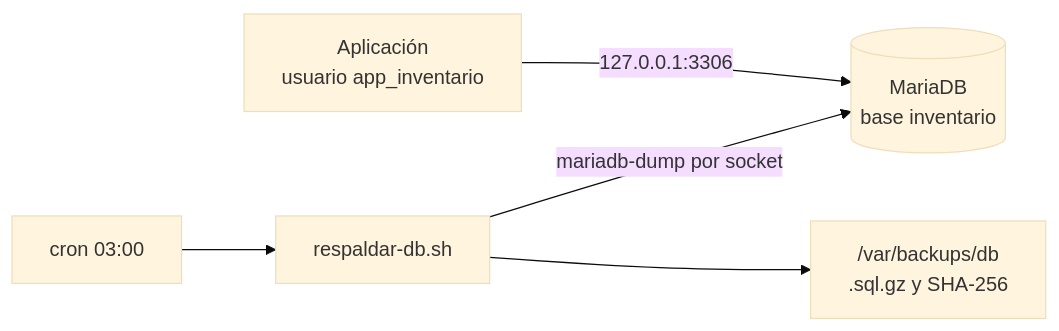
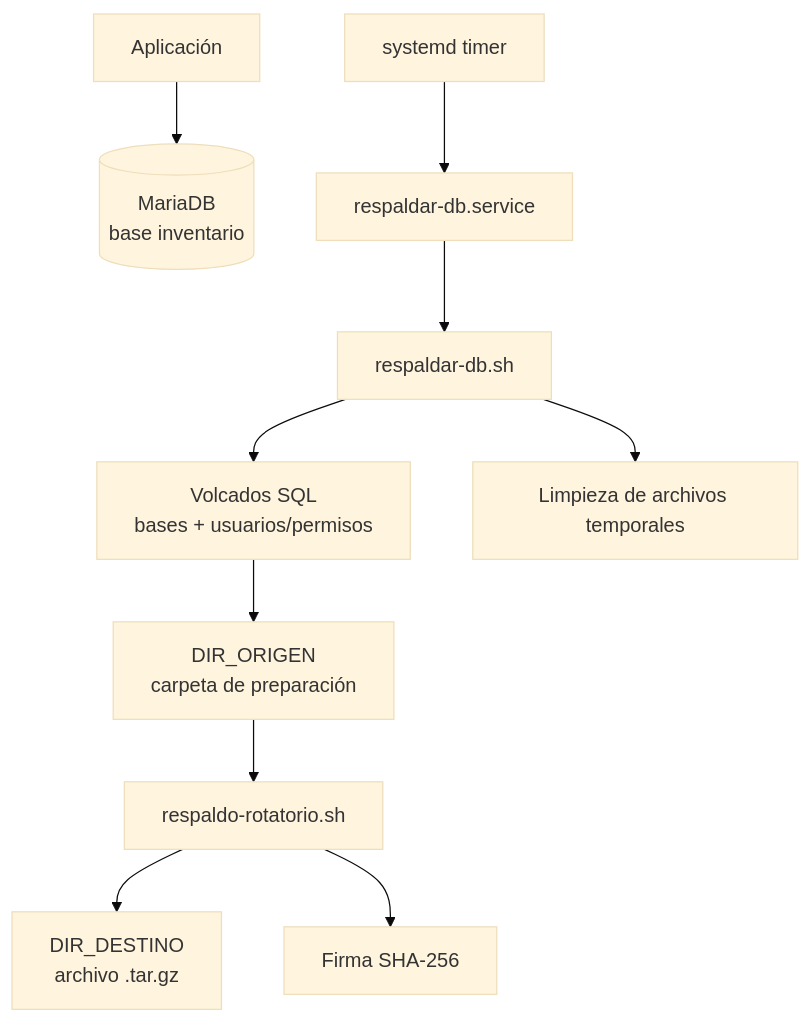
Before and after one commit to marttin1987/servidor-db: the diagram in README.md, drawn with Mermaid (base theme). The commit also changed other lines of this file and 1 other file, not shown here.

Commit message:
docs: actualizar arquitectura y runbook de backups

````diff
--- a/README.md
+++ b/README.md
@@ -13,7 +13,12 @@
 ```mermaid
-flowchart LR
-    APP["Aplicación<br/>usuario app_inventario"] -->|"127.0.0.1:3306"| DB[("MariaDB<br/>base inventario")]
-    CRON["cron 03:00"] --> S["respaldar-db.sh"]
-    S -->|"mariadb-dump por socket"| DB
-    S --> B["/var/backups/db<br/>.sql.gz y SHA-256"]
+flowchart TD
+    APP["Aplicación"] --> DB[("MariaDB<br/>base inventario")]
+    TIMER["systemd timer"] --> SERVICE["respaldar-db.service"]
+    SERVICE --> SCRIPT["respaldar-db.sh"]
+    SCRIPT --> DUMP["Volcados SQL<br/>bases + usuarios/permisos"]
+    DUMP --> PREP["DIR_ORIGEN<br/>carpeta de preparación"]
+    PREP --> MOTOR["respaldo-rotatorio.sh"]
+    MOTOR --> ARCHIVE["DIR_DESTINO<br/>archivo .tar.gz"]
+    MOTOR --> HASH["Firma SHA-256"]
+    SCRIPT --> CLEAN["Limpieza de archivos temporales"]
 ```
````
